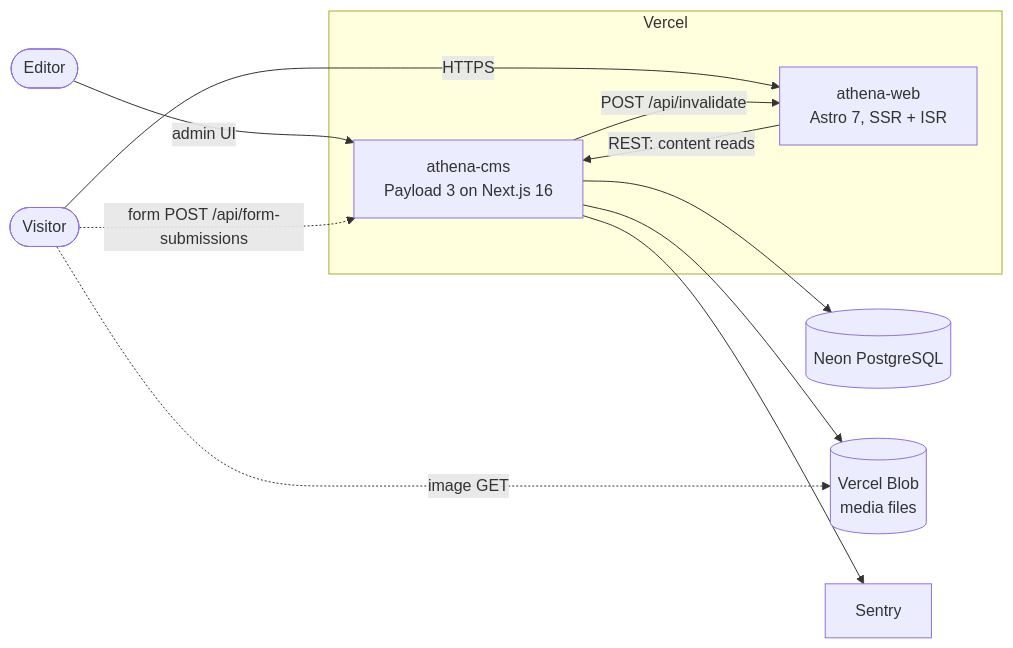
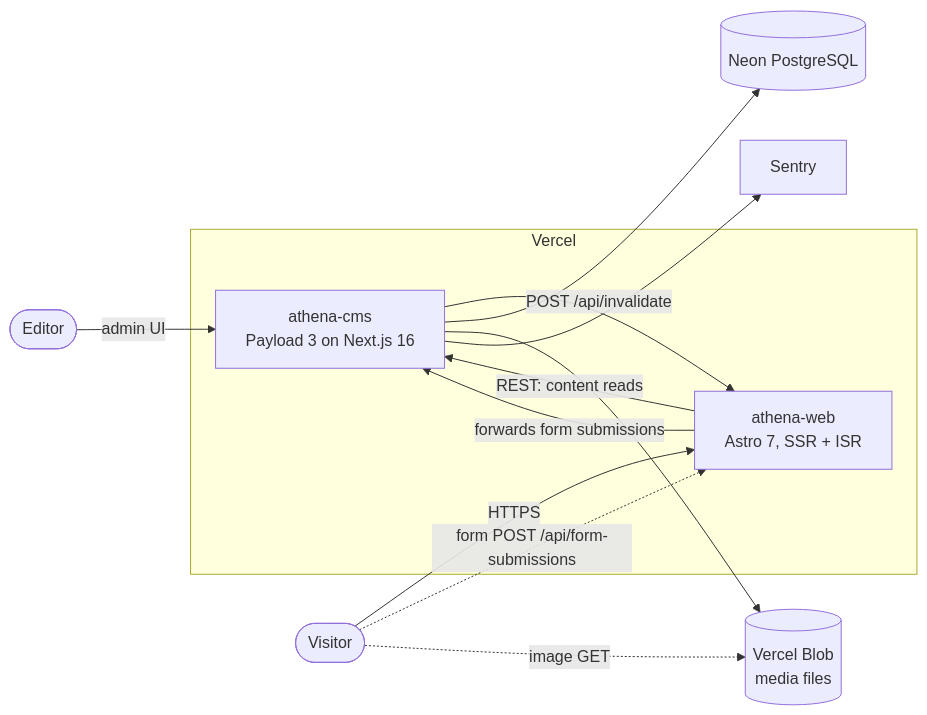
One commit to 0xCAFEBABEx0/athena changed the first of 4 diagrams in docs/ARCHITECTURE.md. Above: the diagram before and after it, drawn with Mermaid. The commit also changed other lines of this file and 13 other files, not shown here.

First line of the commit message:
Forward form submissions through the web app (1.0.8)

````diff
--- a/docs/ARCHITECTURE.md
+++ b/docs/ARCHITECTURE.md
@@ -18,19 +18,20 @@
 ```mermaid
 graph LR
     Editor([Editor]) -->|admin UI| CMS
     Visitor([Visitor]) -->|HTTPS| Web
 
     subgraph Vercel
         Web[athena-web<br/>Astro 7, SSR + ISR]
         CMS[athena-cms<br/>Payload 3 on Next.js 16]
     end
 
     Web -->|REST: content reads| CMS
     CMS -->|POST /api/invalidate| Web
-    Visitor -.->|form POST /api/form-submissions| CMS
+    Visitor -.->|form POST /api/form-submissions| Web
+    Web -->|forwards form submissions| CMS
 
     CMS --> DB[(Neon PostgreSQL)]
     CMS --> Blob[(Vercel Blob<br/>media files)]
     Visitor -.->|image GET| Blob
     CMS --> Sentry[Sentry]
 ```
````
